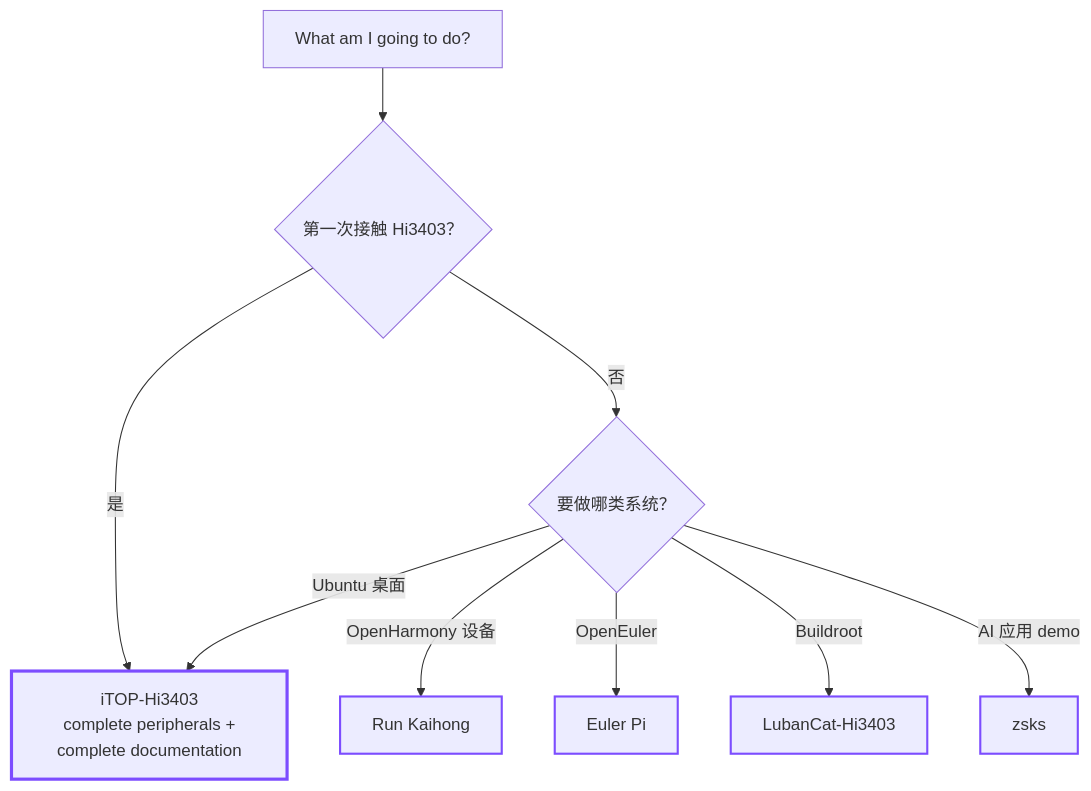
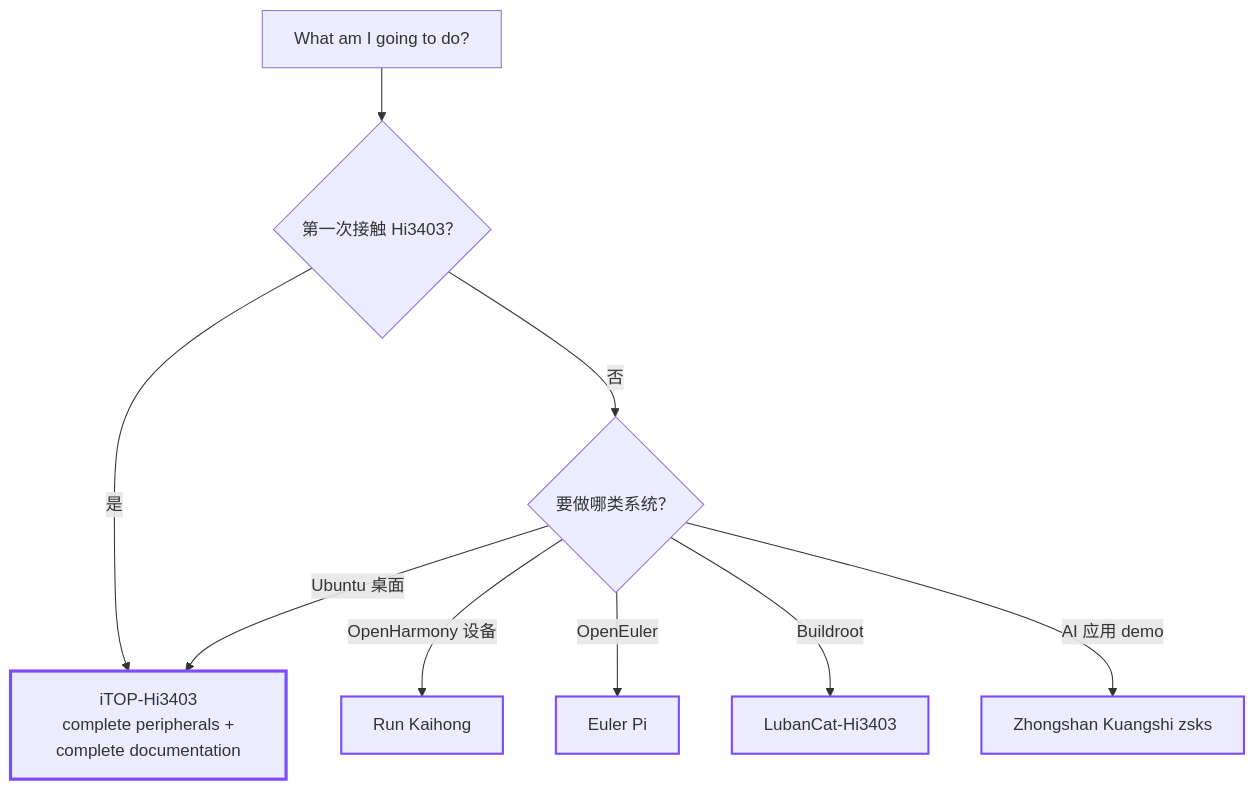
The diagram in docs/get-started/board-picker.en.md (GitBubble/hi3403-docs), drawn with Mermaid before and after one commit. The commit also changed other lines of this file and 8 other files, not shown here.

````diff
--- a/docs/get-started/board-picker.en.md
+++ b/docs/get-started/board-picker.en.md
@@ -31,17 +31,17 @@
 ```mermaid
 flowchart TD
     Start[What am I going to do?] --> A{第一次接触 Hi3403？}
     A -- 是 --> Topeet[iTOP-Hi3403<br> complete peripherals + complete documentation]
     A -- 否 --> B{要做哪类系统？}
     B -- OpenHarmony 设备 --> RKH[Run Kaihong]
     B -- OpenEuler --> Ebaina[Euler Pi]
     B -- Buildroot --> LubanCat[LubanCat-Hi3403]
-    B -- AI 应用 demo --> ZSKS[zsks]
+    B -- AI 应用 demo --> ZSKS[Zhongshan Kuangshi zsks]
     B -- Ubuntu 桌面 --> Topeet
 
     style Topeet stroke:#7c4dff,stroke-width:3px
     style LubanCat stroke:#7c4dff,stroke-width:2px
     style Ebaina stroke:#7c4dff,stroke-width:2px
     style RKH stroke:#7c4dff,stroke-width:2px
     style ZSKS stroke:#7c4dff,stroke-width:2px
 ```
````
